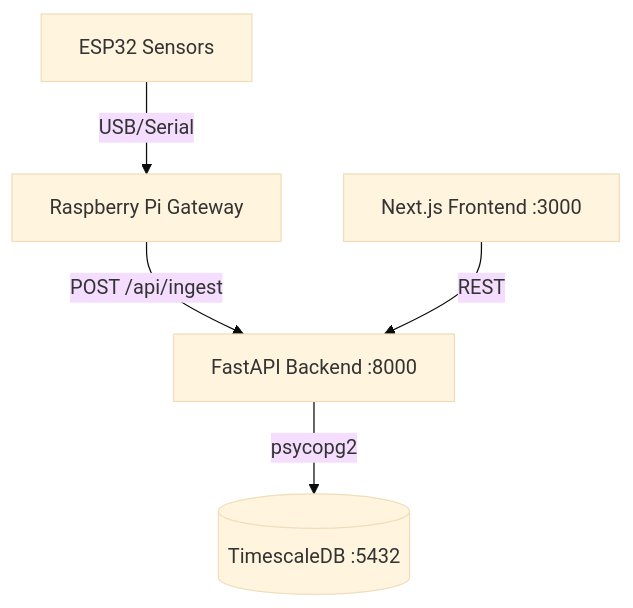
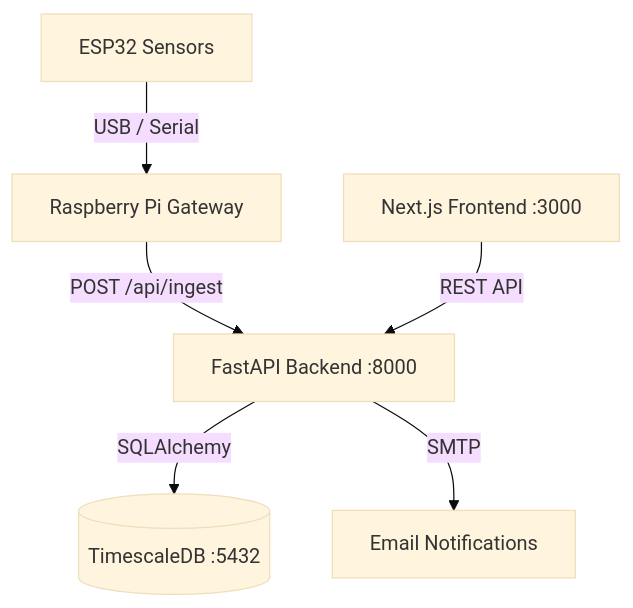
Before and after one commit to Dinten-dev/GreenMindDB: the diagram in README.md, drawn with Mermaid (base theme). The commit also changed other lines of this file and 83 other files, not shown here.

Commit message:
feat: Initialize backend with core API schemas, structured logging, data import scripts, and development tooling.

````diff
--- a/README.md
+++ b/README.md
@@ -77,7 +45,8 @@
 ```mermaid
 graph TD;
-    Sensors[ESP32 Sensors] -->|USB/Serial| Pi[Raspberry Pi Gateway]
+    Sensors[ESP32 Sensors] -->|USB / Serial| Pi[Raspberry Pi Gateway]
     Pi -->|POST /api/ingest| API[FastAPI Backend :8000]
-    API -->|psycopg2| DB[(TimescaleDB :5432)]
-    UI[Next.js Frontend :3000] -->|REST| API
+    API -->|SQLAlchemy| DB[(TimescaleDB :5432)]
+    UI[Next.js Frontend :3000] -->|REST API| API
+    API -->|SMTP| Email[Email Notifications]
 ```
````
